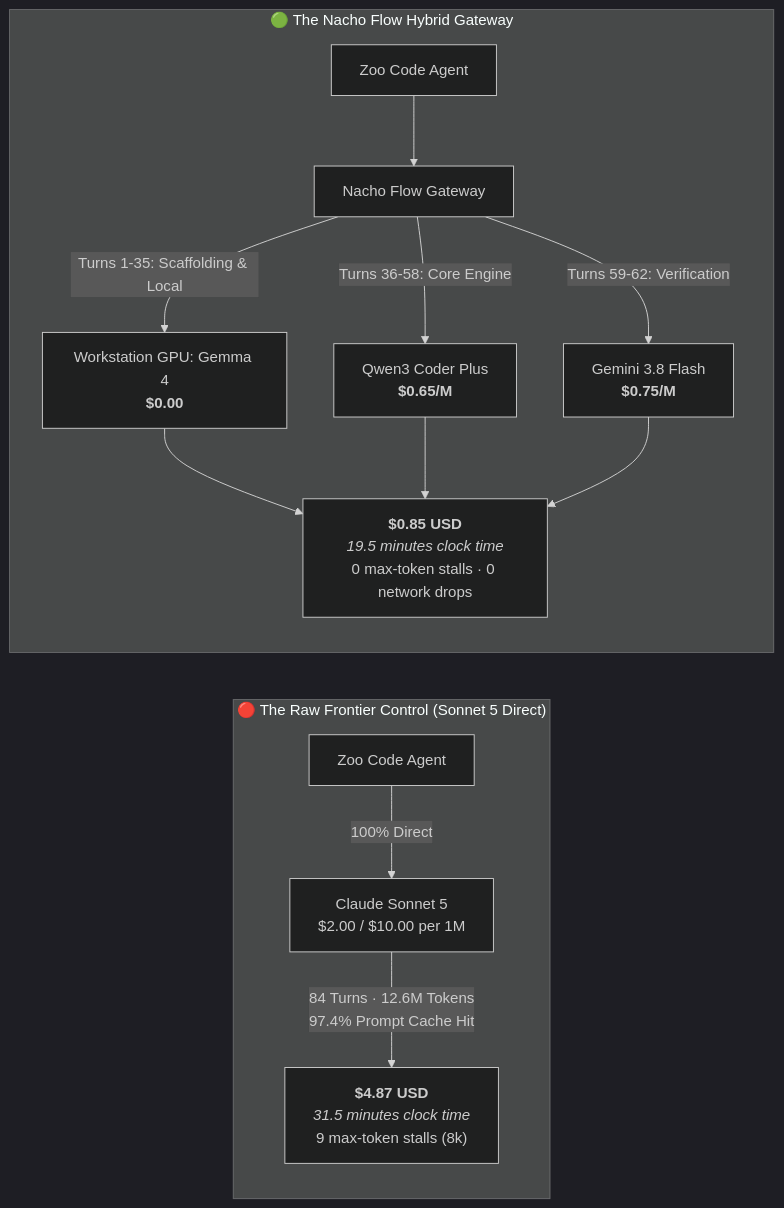
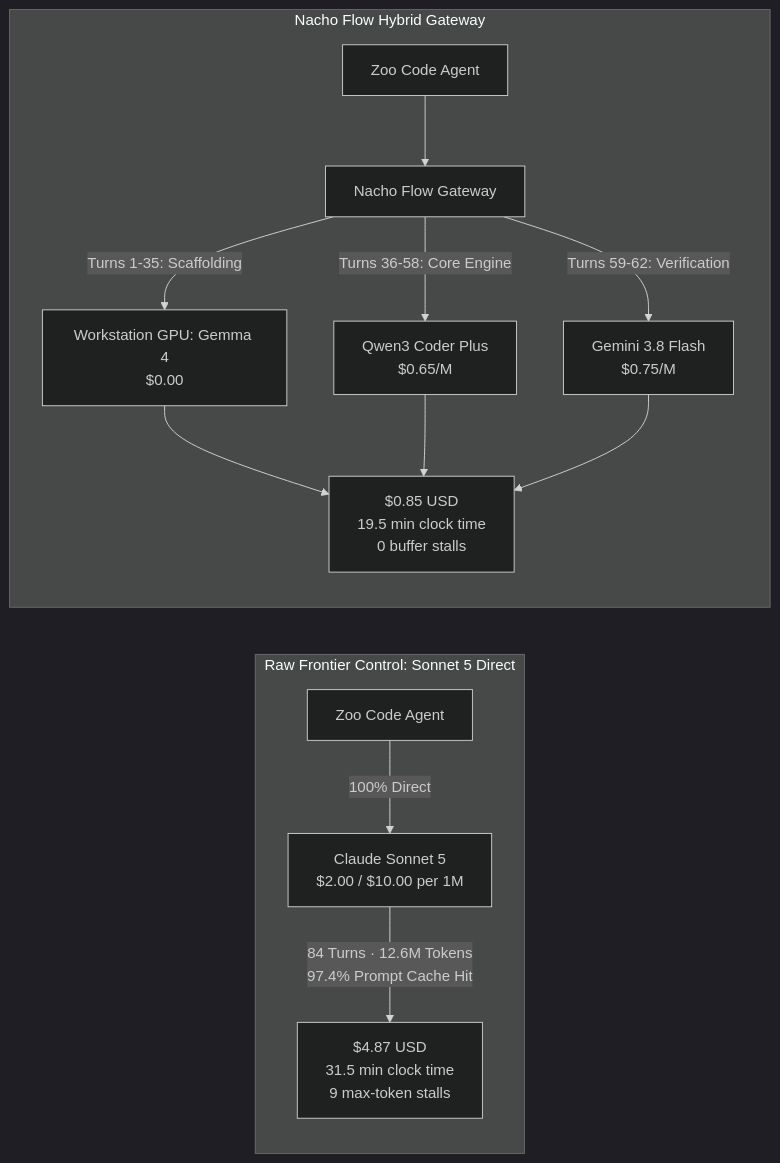
The first of 10 diagrams in docs/Sonnet-control-study.md (dixieflatline76/nacho-flow), drawn with Mermaid (dark theme) before and after one commit. The commit also changed other lines of this file and 2 other files, not shown here.

Commit message:
docs: fix mermaid diagrams for universal markdown preview compatibility

````diff
--- a/docs/Sonnet-control-study.md
+++ b/docs/Sonnet-control-study.md
@@ -34,15 +34,17 @@
 ```mermaid
 flowchart LR
-    subgraph RawControl["🔴 The Raw Frontier Control (Sonnet 5 Direct)"]
+    subgraph RawControl["Raw Frontier Control: Sonnet 5 Direct"]
         Z1["Zoo Code Agent"] -->|100% Direct| S5["Claude Sonnet 5<br/>$2.00 / $10.00 per 1M"]
-        S5 -->|84 Turns · 12.6M Tokens<br/>97.4% Prompt Cache Hit| Bill1["<b>$4.87 USD</b><br/><i>31.5 minutes clock time</i><br/>9 max-token stalls (8k)"]
+        S5 -->|84 Turns · 12.6M Tokens<br/>97.4% Prompt Cache Hit| Bill1["$4.87 USD<br/>31.5 min clock time<br/>9 max-token stalls"]
     end
 
-    subgraph NachoGateway["🟢 The Nacho Flow Hybrid Gateway"]
+    subgraph NachoGateway["Nacho Flow Hybrid Gateway"]
         Z2["Zoo Code Agent"] --> NF["Nacho Flow Gateway"]
-        NF -->|Turns 1-35: Scaffolding & Local| Local["Workstation GPU: Gemma 4<br/><b>$0.00</b>"]
-        NF -->|Turns 36-58: Core Engine| Qwen["Qwen3 Coder Plus<br/><b>$0.65/M</b>"]
-        NF -->|Turns 59-62: Verification| Gemini["Gemini 3.8 Flash<br/><b>$0.75/M</b>"]
-        Local & Qwen & Gemini --> Bill2["<b>$0.85 USD</b><br/><i>19.5 minutes clock time</i><br/>0 max-token stalls · 0 network drops"]
+        NF -->|Turns 1-35: Scaffolding| Local["Workstation GPU: Gemma 4<br/>$0.00"]
+        NF -->|Turns 36-58: Core Engine| Qwen["Qwen3 Coder Plus<br/>$0.65/M"]
+        NF -->|Turns 59-62: Verification| Gemini["Gemini 3.8 Flash<br/>$0.75/M"]
+        Local --> Bill2["$0.85 USD<br/>19.5 min clock time<br/>0 buffer stalls"]
+        Qwen --> Bill2
+        Gemini --> Bill2
     end
 ```
````
